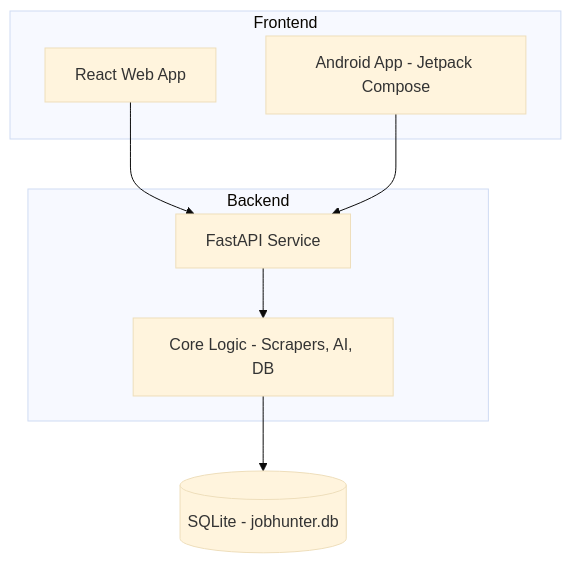
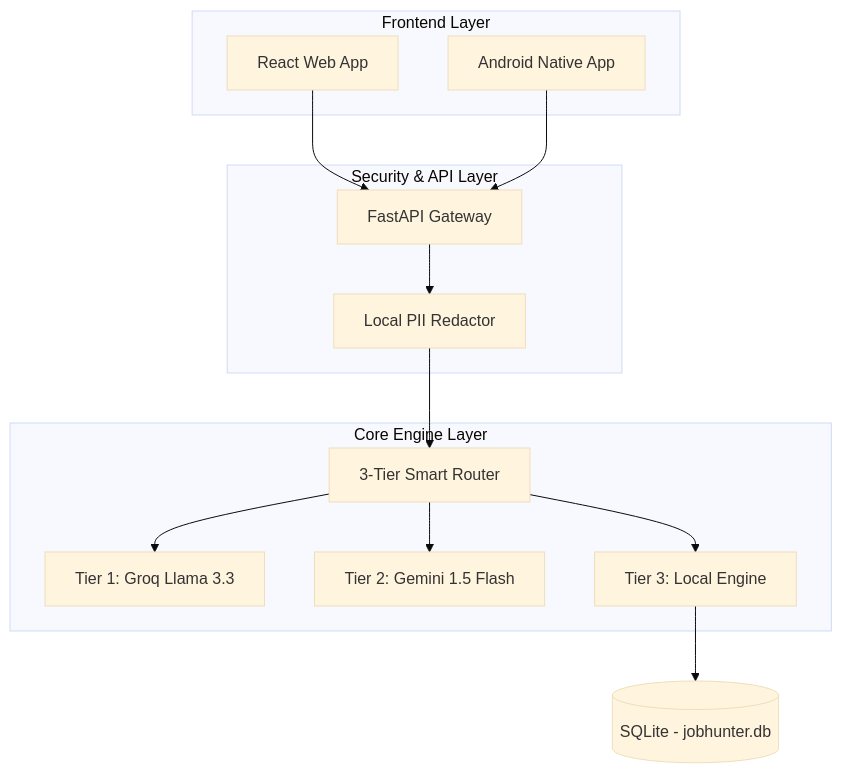
The diagram in README.md (IamAzmathullaShaikh/JobHunterAI), drawn with Mermaid (base theme) before and after one commit. The commit also changed other lines of this file and 24 other files, not shown here.

Commit message:
feat: finalize JobHunterAI v3.0 ecosystem with 3-tier router, PII protection, and Android app

````diff
--- a/README.md
+++ b/README.md
@@ -9,19 +9,30 @@
 ```mermaid
 graph TD
-    subgraph Frontend
+    subgraph Frontend Layer
         Web[React Web App]
-        Mobile[Android App - Jetpack Compose]
+        Mobile[Android Native App]
     end
 
-    subgraph Backend
-        API[FastAPI Service]
-        Core[Core Logic - Scrapers, AI, DB]
+    subgraph Security & API Layer
+        API[FastAPI Gateway]
+        Sanitizer[Local PII Redactor]
+    end
+
+    subgraph Core Engine Layer
+        Router[3-Tier Smart Router]
+        Groq[Tier 1: Groq Llama 3.3]
+        Gemini[Tier 2: Gemini 1.5 Flash]
+        LocalEng[Tier 3: Local Engine]
     end
 
     DB[(SQLite - jobhunter.db)]
 
     Web --> API
     Mobile --> API
-    API --> Core
-    Core --> DB
+    API --> Sanitizer
+    Sanitizer --> Router
+    Router --> Groq
+    Router --> Gemini
+    Router --> LocalEng
+    LocalEng --> DB
 ```
````
